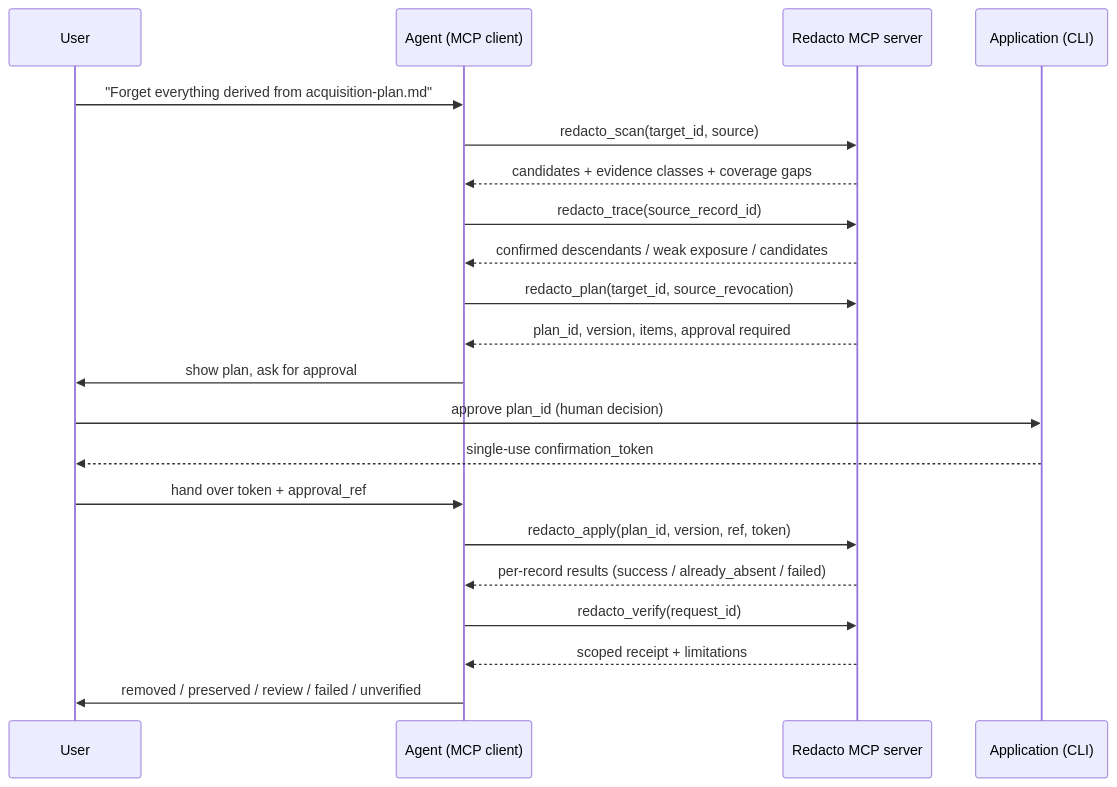
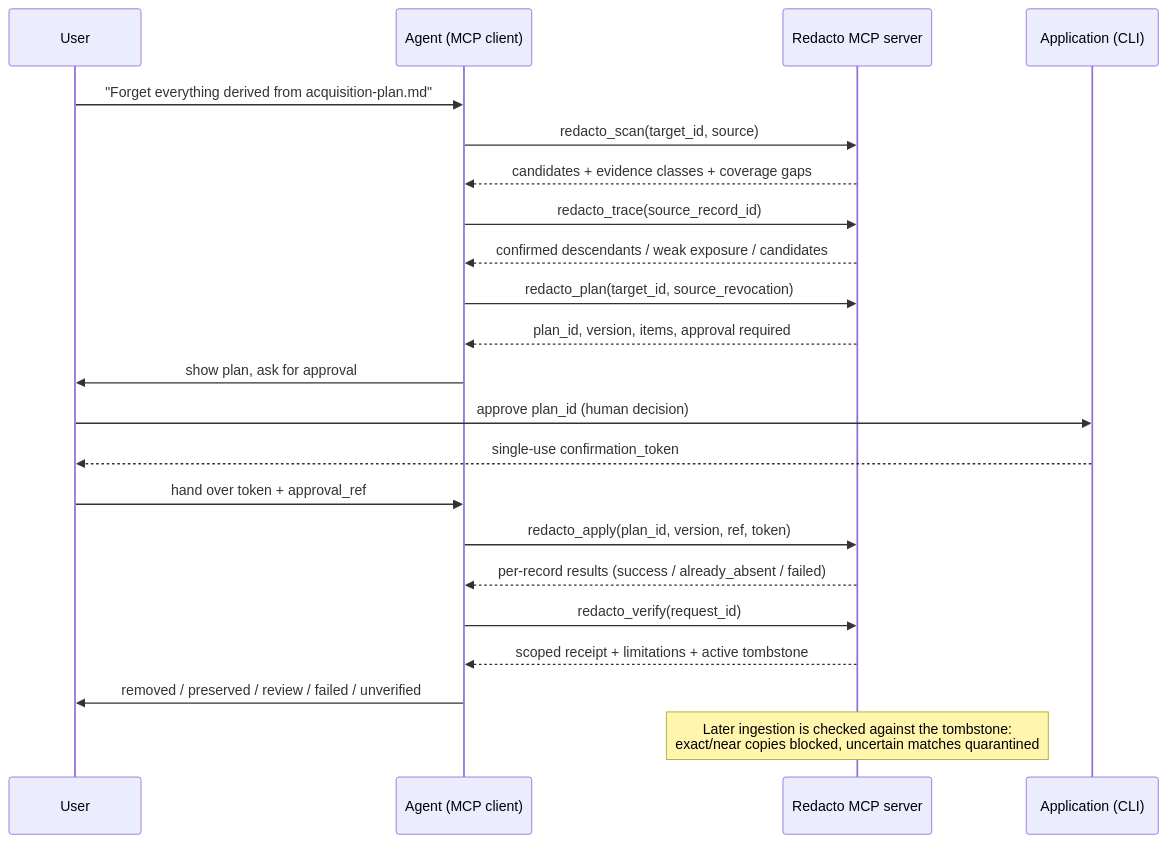
One commit to khasim007q/Redacto changed the third of 4 diagrams in docs/architecture.md. Above: the diagram before and after it, drawn with Mermaid. The commit also changed other lines of this file and 20 other files, not shown here.

````diff
--- a/docs/architecture.md
+++ b/docs/architecture.md
@@ -139,23 +171,24 @@
 ```mermaid
 sequenceDiagram
     participant U as User
     participant Ag as Agent (MCP client)
     participant S as Redacto MCP server
     participant Ap as Application (CLI)
     U->>Ag: "Forget everything derived from acquisition-plan.md"
     Ag->>S: redacto_scan(target_id, source)
     S-->>Ag: candidates + evidence classes + coverage gaps
     Ag->>S: redacto_trace(source_record_id)
     S-->>Ag: confirmed descendants / weak exposure / candidates
     Ag->>S: redacto_plan(target_id, source_revocation)
     S-->>Ag: plan_id, version, items, approval required
     Ag->>U: show plan, ask for approval
     U->>Ap: approve plan_id (human decision)
     Ap-->>U: single-use confirmation_token
     U->>Ag: hand over token + approval_ref
     Ag->>S: redacto_apply(plan_id, version, ref, token)
     S-->>Ag: per-record results (success / already_absent / failed)
     Ag->>S: redacto_verify(request_id)
-    S-->>Ag: scoped receipt + limitations
+    S-->>Ag: scoped receipt + limitations + active tombstone
     Ag->>U: removed / preserved / review / failed / unverified
+    Note over S: Later ingestion is checked against the tombstone:<br/>exact/near copies blocked, uncertain matches quarantined
 ```
````
